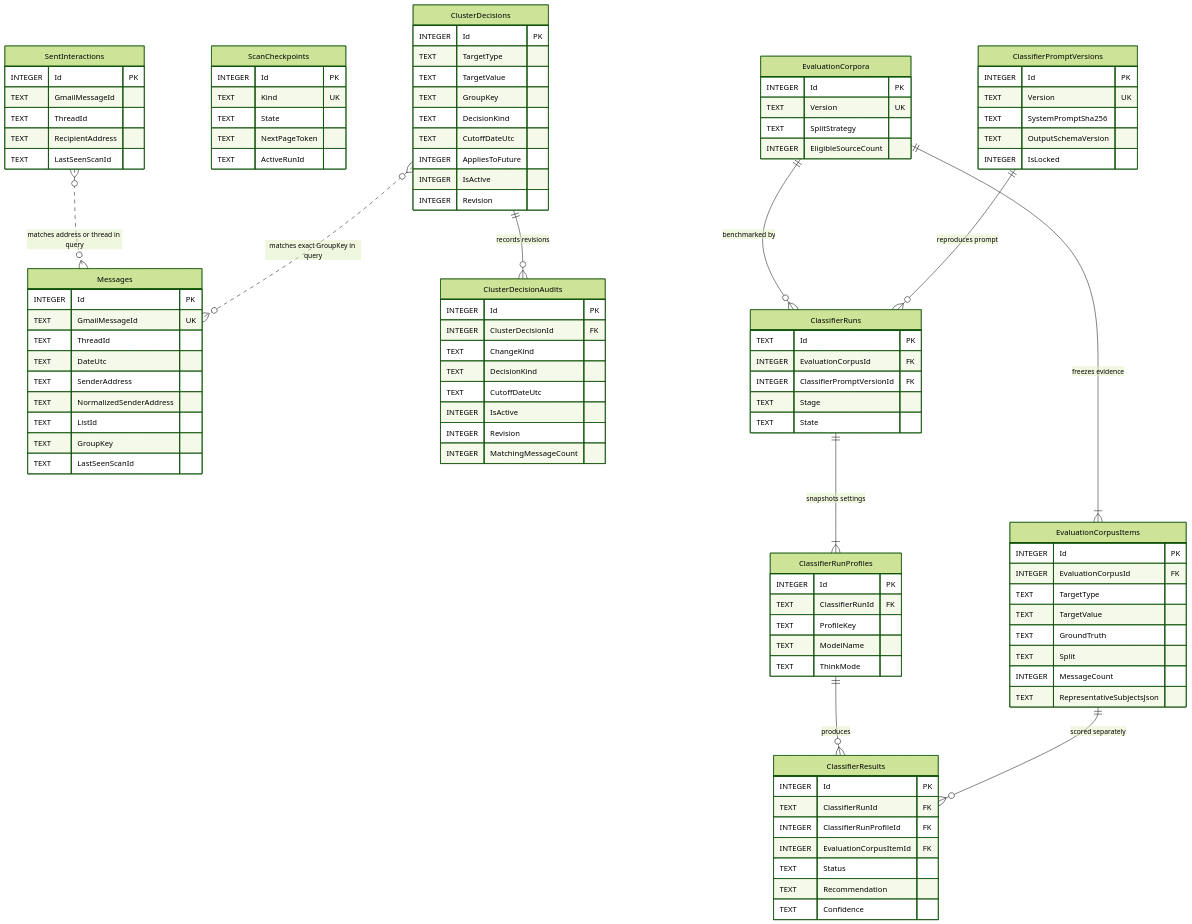
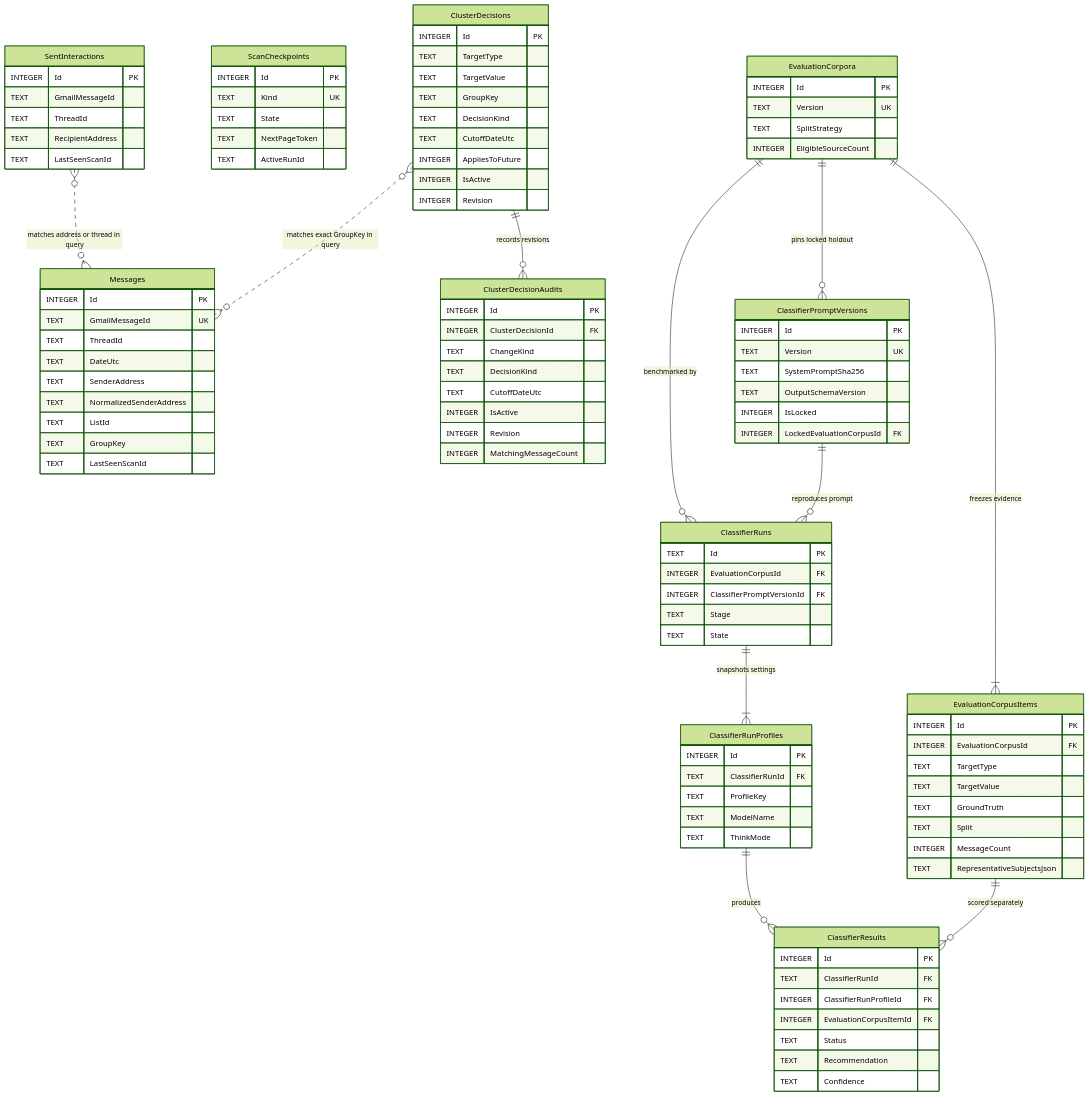
One commit to JayCroghan/Inbox-Curator changed the diagram in docs/database-schema.md. Above: the diagram before and after it, drawn with Mermaid (forest theme). The commit also changed other lines of this file and 23 other files, not shown here.

```diff
--- a/docs/database-schema.md
+++ b/docs/database-schema.md
@@ -72,6 +72,7 @@
         TEXT SystemPromptSha256
         TEXT OutputSchemaVersion
         INTEGER IsLocked
+        INTEGER LockedEvaluationCorpusId FK
     }
     ClassifierRuns {
         TEXT Id PK
@@ -102,6 +103,7 @@
     ClusterDecisions }o..o{ Messages : "matches exact GroupKey in query"
     EvaluationCorpora ||--|{ EvaluationCorpusItems : "freezes evidence"
     EvaluationCorpora ||--o{ ClassifierRuns : "benchmarked by"
+    EvaluationCorpora ||--o{ ClassifierPromptVersions : "pins locked holdout"
     ClassifierPromptVersions ||--o{ ClassifierRuns : "reproduces prompt"
     ClassifierRuns ||--|{ ClassifierRunProfiles : "snapshots settings"
     ClassifierRunProfiles ||--o{ ClassifierResults : "produces"
```
